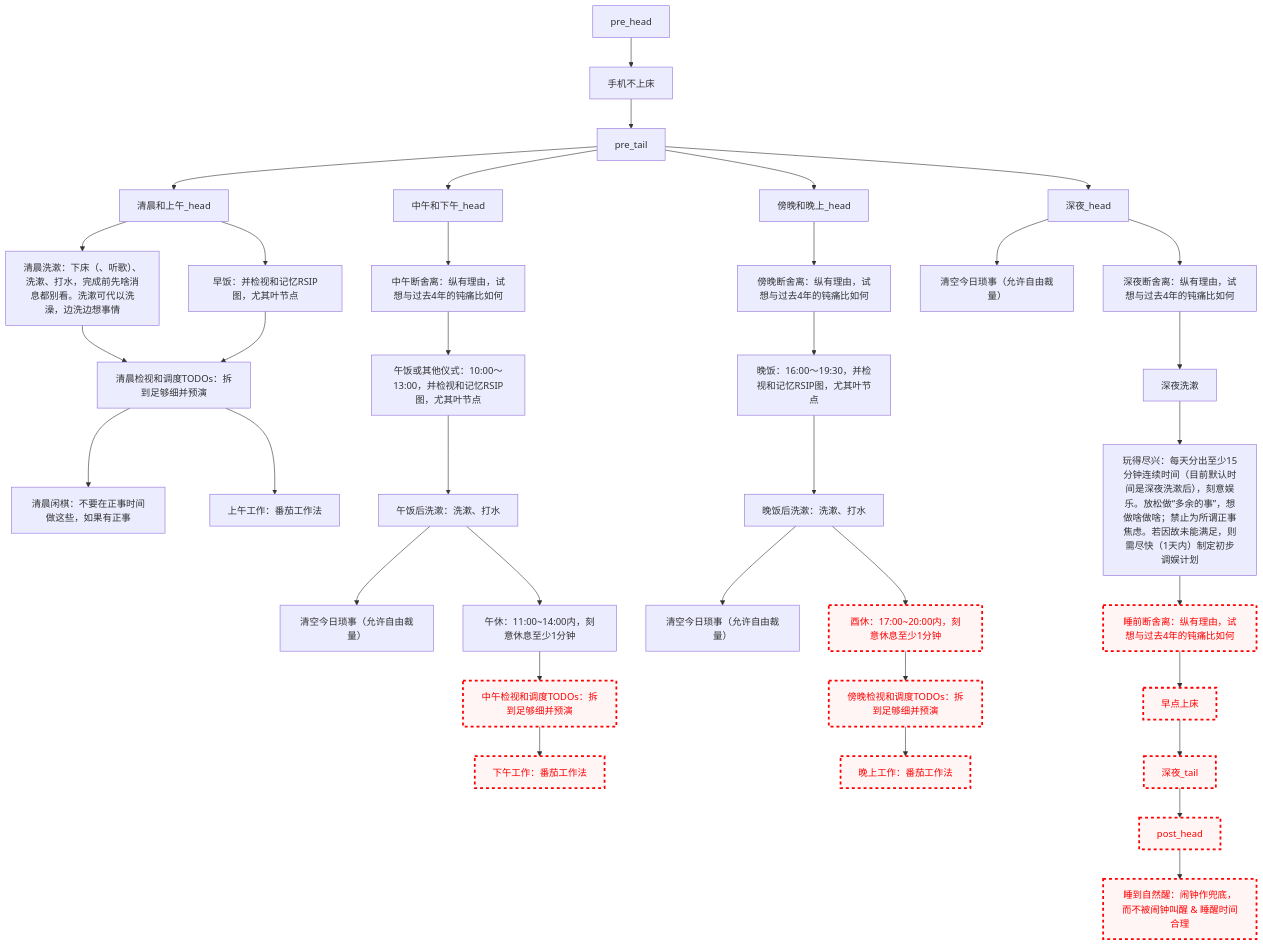
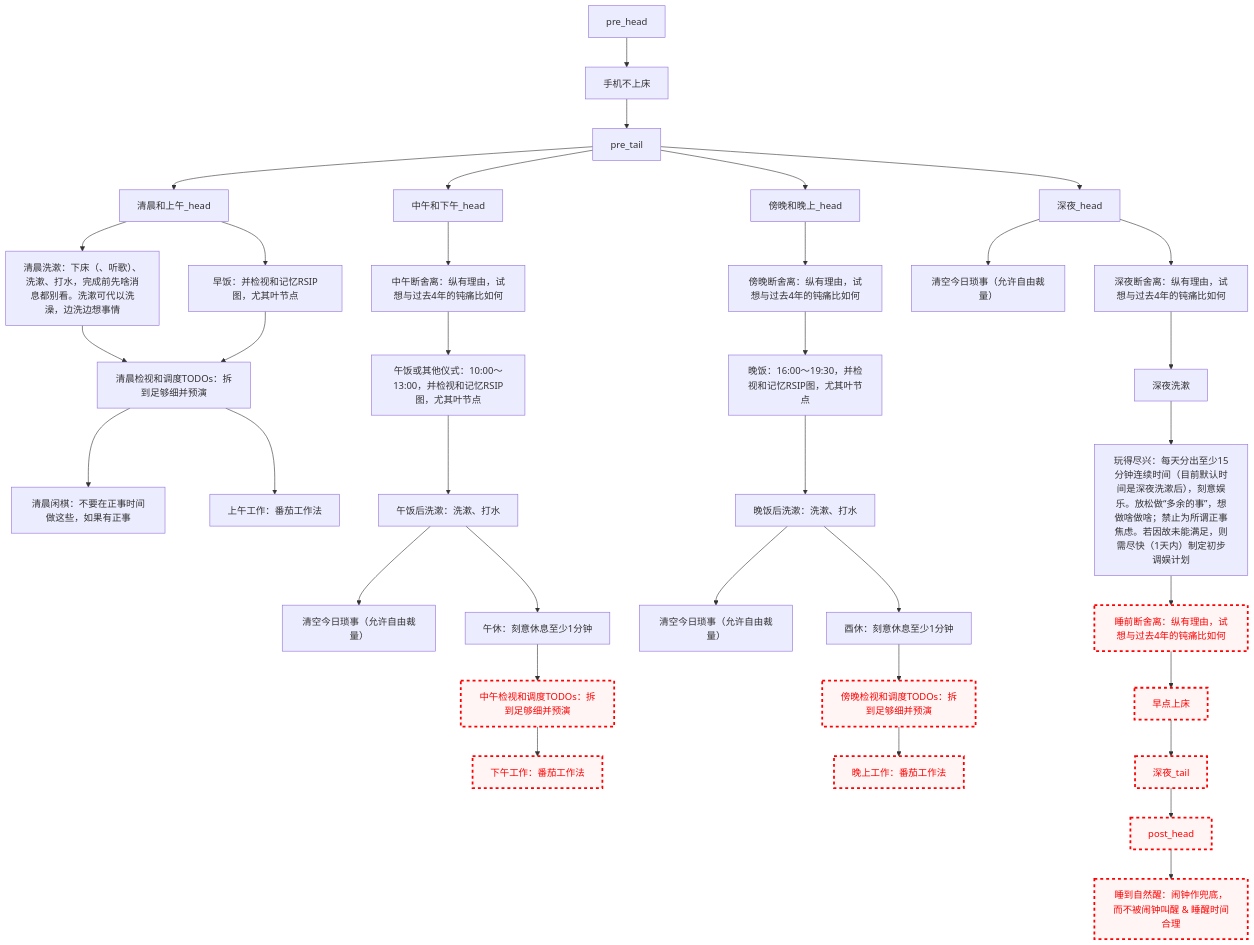
One commit to Ethkuil/RSIP-tree changed the diagram in README.md. Above: the diagram before and after it, drawn with Mermaid.

Commit message:
enable 酉休

````diff
--- a/README.md
+++ b/README.md
@@ -21,58 +21,57 @@
 ```mermaid
 graph TD
 
 classDef failed stroke:#ff0000, stroke-width:3px, color:#ff0000, fill:#fff5f5, stroke-dasharray: 5
 
 pre_head --> 手机不上床
 手机不上床 --> pre_tail
 
 
 pre_tail --> 清晨和上午_head
 清晨和上午_head --> 清晨洗漱[清晨洗漱：下床（、听歌）、洗漱、打水，完成前先啥消息都别看。洗漱可代以洗澡，边洗边想事情]
 清晨和上午_head --> 早饭[早饭：并检视和记忆RSIP图，尤其叶节点]
 清晨洗漱 --> 清晨看TODO[清晨检视和调度TODOs：拆到足够细并预演]
 早饭 --> 清晨看TODO
 清晨看TODO --> 清晨闲棋[清晨闲棋：不要在正事时间做这些，如果有正事]
 清晨看TODO --> 上午工作[上午工作：番茄工作法]
 
 pre_tail --> 中午和下午_head
 中午和下午_head --> 中午断舍离[中午断舍离：纵有理由，试想与过去4年的钝痛比如何]
 中午断舍离 --> 午饭[午饭或其他仪式：10:00～13:00，并检视和记忆RSIP图，尤其叶节点]
 午饭 --> 午饭后洗漱[午饭后洗漱：洗漱、打水]
 午饭后洗漱 --> 中午今日琐事[清空今日琐事（允许自由裁量）]
-午饭后洗漱 --> 午休[午休：11:00~14:00内，刻意休息至少1分钟]
+午饭后洗漱 --> 午休[午休：刻意休息至少1分钟]
 午休 --> 中午看TODO[中午检视和调度TODOs：拆到足够细并预演]
 class 中午看TODO failed
 中午看TODO --> 下午工作[下午工作：番茄工作法]
 class 下午工作 failed
 
 pre_tail --> 傍晚和晚上_head
 傍晚和晚上_head --> 傍晚断舍离[傍晚断舍离：纵有理由，试想与过去4年的钝痛比如何]
 傍晚断舍离 --> 晚饭[晚饭：16:00～19:30，并检视和记忆RSIP图，尤其叶节点]
 晚饭 --> 晚饭后洗漱[晚饭后洗漱：洗漱、打水]
 晚饭后洗漱 --> 傍晚今日琐事[清空今日琐事（允许自由裁量）]
-晚饭后洗漱 --> 酉休[酉休：17:00~20:00内，刻意休息至少1分钟]
-class 酉休 failed
+晚饭后洗漱 --> 酉休[酉休：刻意休息至少1分钟]
 酉休 --> 傍晚看TODO[傍晚检视和调度TODOs：拆到足够细并预演]
 class 傍晚看TODO failed
 傍晚看TODO --> 晚上工作[晚上工作：番茄工作法]
 class 晚上工作 failed
 
 pre_tail --> 深夜_head
 深夜_head --> 深夜今日琐事[清空今日琐事（允许自由裁量）]
 深夜_head --> 深夜断舍离[深夜断舍离：纵有理由，试想与过去4年的钝痛比如何]
 深夜断舍离 --> 深夜洗漱
 深夜洗漱 --> 玩得尽兴[玩得尽兴：每天分出至少15分钟连续时间（目前默认时间是深夜洗漱后），刻意娱乐。放松做“多余的事”，想做啥做啥；禁止为所谓正事焦虑。若因故未能满足，则需尽快（1天内）制定初步调娱计划]
 玩得尽兴 --> 睡前断舍离[睡前断舍离：纵有理由，试想与过去4年的钝痛比如何]
 class 睡前断舍离 failed
 睡前断舍离 --> 早点上床
 class 早点上床 failed
 早点上床 --> 深夜_tail
 class 深夜_tail failed
 
 
 深夜_tail --> post_head
 class post_head failed
 post_head --> 睡到自然醒[睡到自然醒：闹钟作兜底，而不被闹钟叫醒 & 睡醒时间合理]
 class 睡到自然醒 failed
 ```
````
